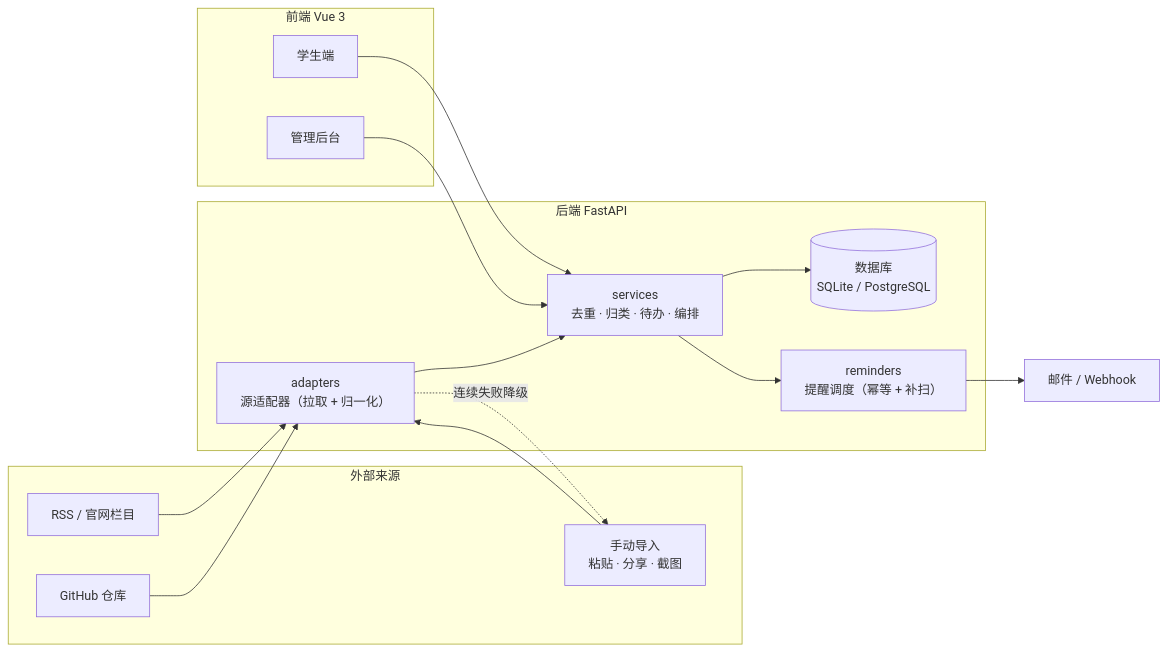
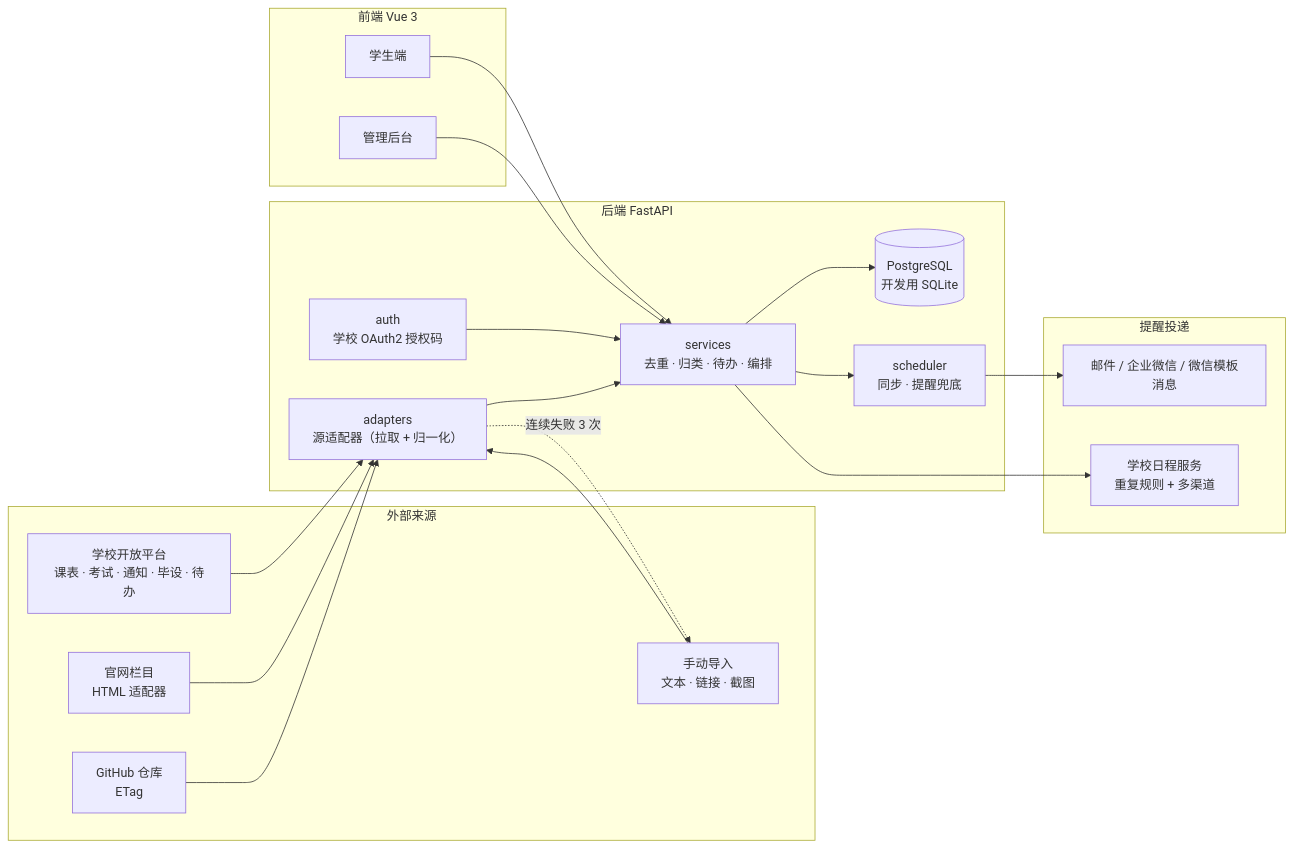
Before and after one commit to phao90016-jpg/Tongji-campus-notice-hub: the diagram in README.md, drawn with Mermaid. The commit also changed other lines of this file and 28 other files, not shown here.

````diff
--- a/README.md
+++ b/README.md
@@ -101,31 +149,41 @@
 ```mermaid
 flowchart LR
     subgraph ext["外部来源"]
-        A1[RSS / 官网栏目]
-        A2[GitHub 仓库]
-        A3[手动导入<br/>粘贴 · 分享 · 截图]
+        A1["学校开放平台<br/>课表 · 考试 · 通知 · 毕设 · 待办"]
+        A2["官网栏目<br/>HTML 适配器"]
+        A3["GitHub 仓库<br/>ETag"]
+        A4["手动导入<br/>文本 · 链接 · 截图"]
     end
 
     subgraph be["后端 FastAPI"]
+        B0["auth<br/>学校 OAuth2 授权码"]
         B1["adapters<br/>源适配器（拉取 + 归一化）"]
         B2["services<br/>去重 · 归类 · 待办 · 编排"]
-        B3[("数据库<br/>SQLite / PostgreSQL")]
-        B4["reminders<br/>提醒调度（幂等 + 补扫）"]
+        B3[("PostgreSQL<br/>开发用 SQLite")]
+        B4["scheduler<br/>同步 · 提醒兜底"]
+    end
+
+    subgraph out["提醒投递"]
+        D1["学校日程服务<br/>重复规则 + 多渠道"]
+        D2["邮件 / 企业微信 / 微信模板消息"]
     end
 
     subgraph fe["前端 Vue 3"]
         C1[学生端]
         C2[管理后台]
     end
 
     A1 --> B1
     A2 --> B1
     A3 --> B1
+    A4 --> B1
+    B0 --> B2
     B1 --> B2
     B2 --> B3
     B2 --> B4
-    B4 --> D[邮件 / Webhook]
+    B2 --> D1
+    B4 --> D2
     C1 --> B2
     C2 --> B2
-    B1 -. 连续失败降级 .-> A3
+    B1 -. 连续失败 3 次 .-> A4
 ```
````
